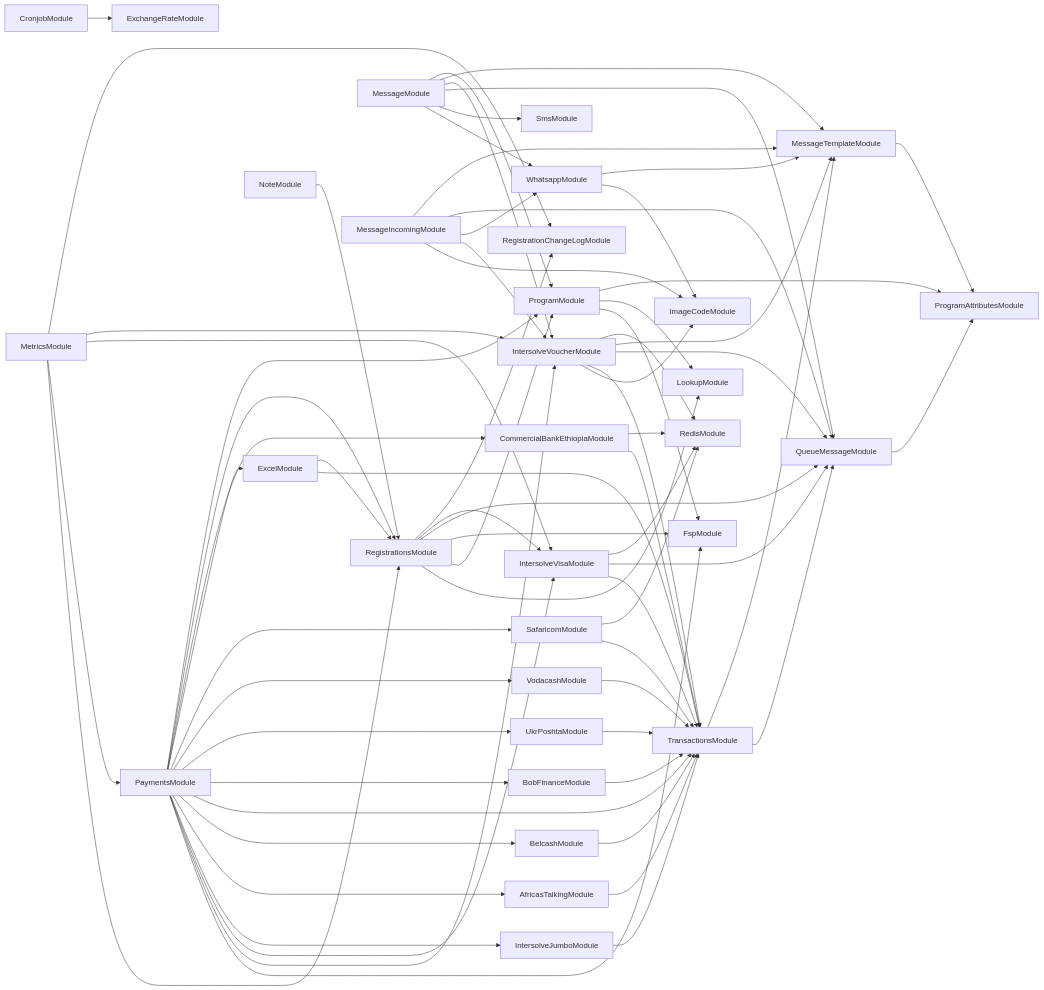
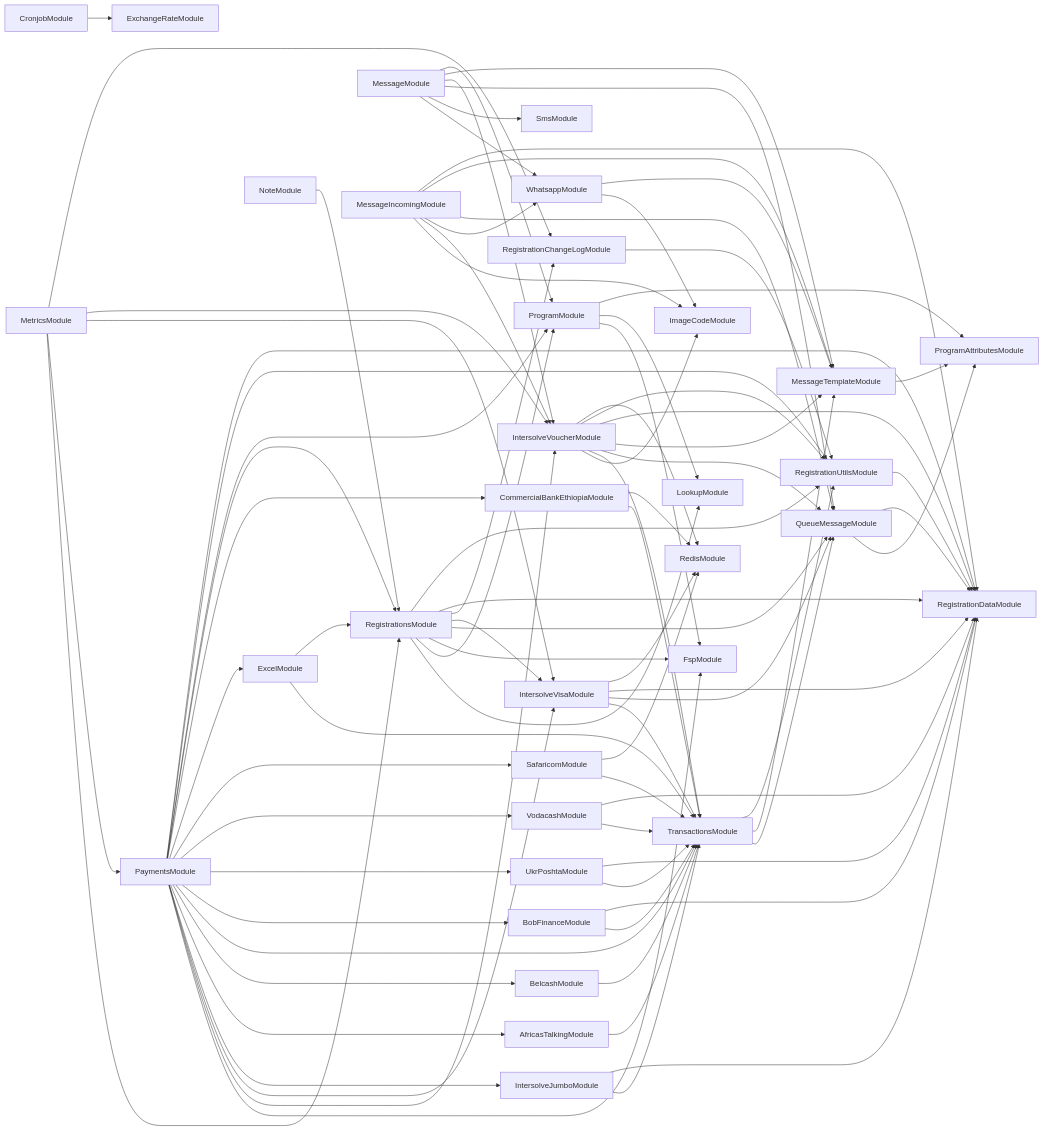
Before and after one commit to global-121/121-platform: the diagram in services/121-service/module-dependencies.md, drawn with Mermaid. The commit also changed 32 other files, not shown here.

````diff
--- a/services/121-service/module-dependencies.md
+++ b/services/121-service/module-dependencies.md
@@ -12,13 +12,20 @@
   RegistrationsModule-->FspModule
   RegistrationsModule-->QueueMessageModule
   QueueMessageModule-->ProgramAttributesModule
+  QueueMessageModule-->RegistrationDataModule
   RegistrationsModule-->IntersolveVisaModule
   IntersolveVisaModule-->TransactionsModule
   TransactionsModule-->QueueMessageModule
   TransactionsModule-->MessageTemplateModule
+  TransactionsModule-->RegistrationUtilsModule
+  RegistrationUtilsModule-->RegistrationDataModule
   IntersolveVisaModule-->QueueMessageModule
+  IntersolveVisaModule-->RegistrationDataModule
   IntersolveVisaModule-->RedisModule
   RegistrationsModule-->RegistrationChangeLogModule
+  RegistrationChangeLogModule-->RegistrationUtilsModule
+  RegistrationsModule-->RegistrationDataModule
+  RegistrationsModule-->RegistrationUtilsModule
   MessageModule-->WhatsappModule
   WhatsappModule-->ImageCodeModule
   WhatsappModule-->MessageTemplateModule
@@ -29,6 +36,8 @@
   IntersolveVoucherModule-->TransactionsModule
   IntersolveVoucherModule-->QueueMessageModule
   IntersolveVoucherModule-->MessageTemplateModule
+  IntersolveVoucherModule-->RegistrationDataModule
+  IntersolveVoucherModule-->RegistrationUtilsModule
   IntersolveVoucherModule-->RedisModule
   MessageModule-->MessageTemplateModule
   MessageModule-->ProgramModule
@@ -39,6 +48,7 @@
   PaymentsModule-->IntersolveVisaModule
   PaymentsModule-->IntersolveJumboModule
   IntersolveJumboModule-->TransactionsModule
+  IntersolveJumboModule-->RegistrationDataModule
   PaymentsModule-->AfricasTalkingModule
   AfricasTalkingModule-->TransactionsModule
   PaymentsModule-->BelcashModule
@@ -46,10 +56,13 @@
   PaymentsModule-->TransactionsModule
   PaymentsModule-->BobFinanceModule
   BobFinanceModule-->TransactionsModule
+  BobFinanceModule-->RegistrationDataModule
   PaymentsModule-->UkrPoshtaModule
   UkrPoshtaModule-->TransactionsModule
+  UkrPoshtaModule-->RegistrationDataModule
   PaymentsModule-->VodacashModule
   VodacashModule-->TransactionsModule
+  VodacashModule-->RegistrationDataModule
   PaymentsModule-->SafaricomModule
   SafaricomModule-->TransactionsModule
   SafaricomModule-->RedisModule
@@ -61,6 +74,8 @@
   CommercialBankEthiopiaModule-->RedisModule
   PaymentsModule-->RegistrationsModule
   PaymentsModule-->ProgramModule
+  PaymentsModule-->RegistrationUtilsModule
+  PaymentsModule-->RegistrationDataModule
   MetricsModule-->IntersolveVisaModule
   MetricsModule-->IntersolveVoucherModule
   MetricsModule-->RegistrationChangeLogModule
@@ -69,5 +84,6 @@
   MessageIncomingModule-->WhatsappModule
   MessageIncomingModule-->QueueMessageModule
   MessageIncomingModule-->MessageTemplateModule
+  MessageIncomingModule-->RegistrationDataModule
   NoteModule-->RegistrationsModule
 ```
````
